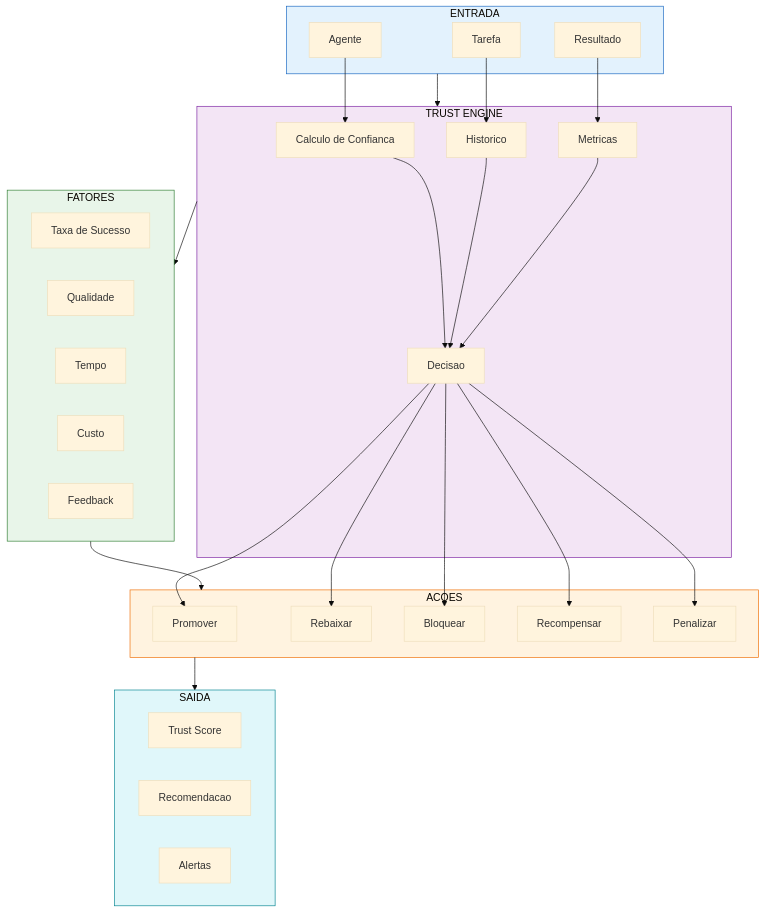
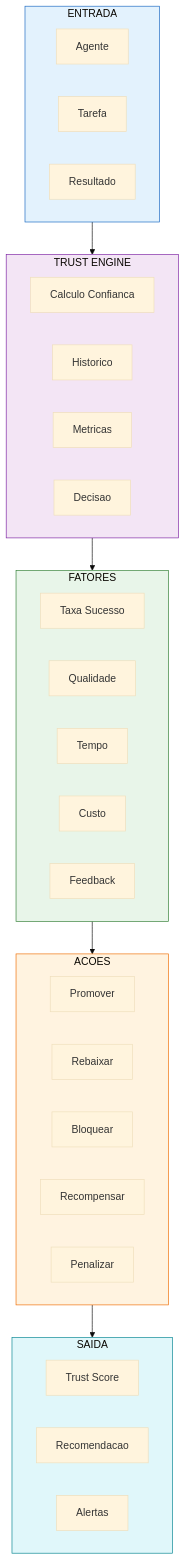
One commit to MarceloClaro/opencode-ecosystem-core changed diagram 19 of 22 in README.md. Above: the diagram before and after it, drawn with Mermaid (base theme). The commit also changed other lines of this file, not shown here.

First line of the commit message:
feat(docs): fix flowcharts, add themes, translate datasets to Portuguese

````diff
--- a/README.md
+++ b/README.md
@@ -1133,62 +1056,45 @@
 ```mermaid
 flowchart TD
-    subgraph INPUT5 ["ENTRADA"]
-        AGENT2["Agente"]
-        TASK2["Tarefa"]
-        RESULT2["Resultado"]
+    subgraph IN5[ENTRADA]
+        AGENT2[Agente]
+        TASK2[Tarefa]
+        RESULT2[Resultado]
     end
 
-    subgraph TRUST_ENGINE ["TRUST ENGINE"]
-        CALC["Calculo de Confianca"]
-        HISTORY["Historico"]
-        METRICS2["Metricas"]
-        DECISION["Decisao"]
+    subgraph TRUST_ENGINE[TRUST ENGINE]
+        CALC[Calculo Confianca]
+        HISTORY[Historico]
+        METRICS2[Metricas]
+        DECISION[Decisao]
     end
 
-    subgraph FACTORS ["FATORES"]
-        SUCESSO["Taxa de Sucesso"]
-        QUALIDADE["Qualidade"]
-        TEMPO["Tempo"]
-        CUSTO["Custo"]
-        FEEDBACK["Feedback"]
+    subgraph FAC[FATORES]
+        SUCESSO[Taxa Sucesso]
+        QUALIDADE[Qualidade]
+        TEMPO[Tempo]
+        CUSTO[Custo]
+        FEEDBACK[Feedback]
     end
 
-    subgraph ACTIONS ["ACOES"]
-        PROMOTE["Promover"]
-        DEMOTE["Rebaixar"]
-        BLOCK["Bloquear"]
-        REWARD["Recompensar"]
-        PENALIZE["Penalizar"]
+    subgraph ACT[ACOES]
+        PROMOTE[Promover]
+        DEMOTE[Rebaixar]
+        BLOCK[Bloquear]
+        REWARD[Recompensar]
+        PENALIZE[Penalizar]
     end
 
-    subgraph OUTPUT5 ["SAIDA"]
-        TRUST_SCORE["Trust Score"]
-        RECOMMEND3["Recomendacao"]
-        ALERT["Alertas"]
+    subgraph OUT5[SAIDA]
+        TRUST_SCORE[Trust Score]
+        RECOMMEND3[Recomendacao]
+        ALERT[Alertas]
     end
 
-    INPUT5 --> TRUST_ENGINE
-    TRUST_ENGINE --> FACTORS
-    FACTORS --> ACTIONS
-    ACTIONS --> OUTPUT5
+    IN5 --> TRUST_ENGINE --> FAC --> ACT --> OUT5
 
-    AGENT2 --> CALC
-    TASK2 --> HISTORY
-    RESULT2 --> METRICS2
-
-    CALC --> DECISION
-    HISTORY --> DECISION
-    METRICS2 --> DECISION
-
-    DECISION --> PROMOTE
-    DECISION --> DEMOTE
-    DECISION --> BLOCK
-    DECISION --> REWARD
-    DECISION --> PENALIZE
-
-    style INPUT5 fill:#e3f2fd,stroke:#1565c0
+    style IN5 fill:#e3f2fd,stroke:#1565c0
     style TRUST_ENGINE fill:#f3e5f5,stroke:#7b1fa2
-    style FACTORS fill:#e8f5e9,stroke:#2e7d32
-    style ACTIONS fill:#fff3e0,stroke:#ef6c00
-    style OUTPUT5 fill:#e0f7fa,stroke:#00838f
+    style FAC fill:#e8f5e9,stroke:#2e7d32
+    style ACT fill:#fff3e0,stroke:#ef6c00
+    style OUT5 fill:#e0f7fa,stroke:#00838f
 ```
````
